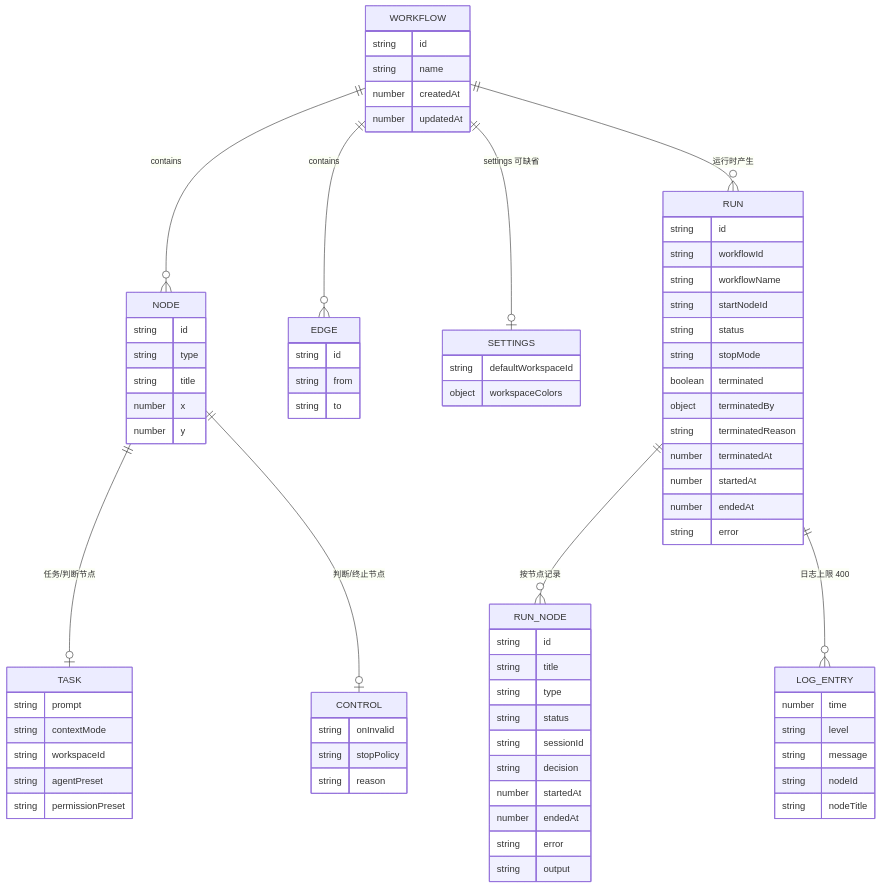
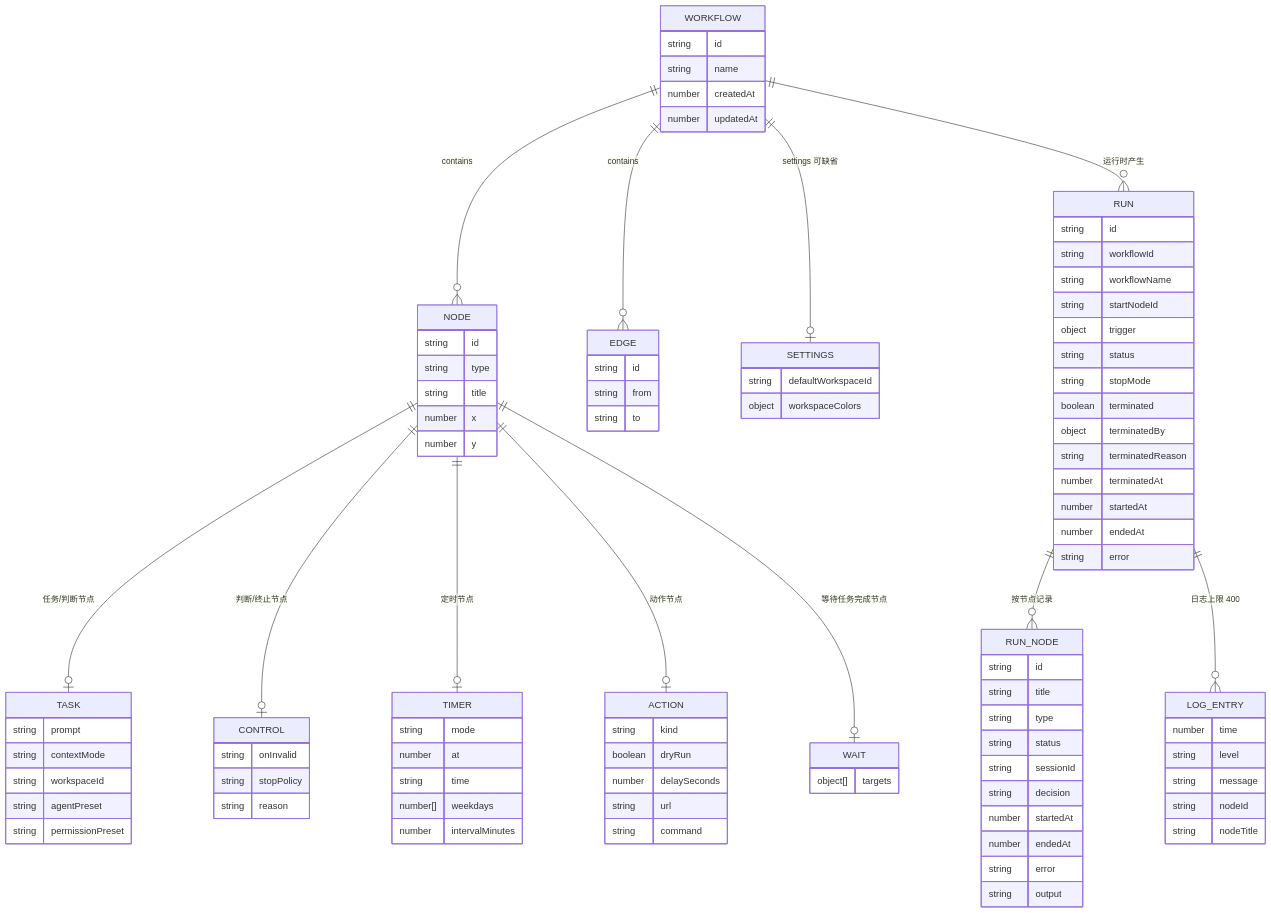
Before and after one commit to czyt1988/dsh-workflow-orchestrator: the first of 2 diagrams in docs/dev/data-model.md, drawn with Mermaid. The commit also changed other lines of this file and 28 other files, not shown here.

First line of the commit message:
feat(nodes): add timer, action and wait-for-completion nodes

```diff
--- a/docs/dev/data-model.md
+++ b/docs/dev/data-model.md
@@ -31,6 +31,9 @@
   WORKFLOW ||--o| SETTINGS : "settings 可缺省"
   NODE ||--o| TASK : "任务/判断节点"
   NODE ||--o| CONTROL : "判断/终止节点"
+  NODE ||--o| TIMER : "定时节点"
+  NODE ||--o| ACTION : "动作节点"
+  NODE ||--o| WAIT : "等待任务完成节点"
   WORKFLOW ||--o{ RUN : "运行时产生"
   RUN ||--o{ RUN_NODE : "按节点记录"
   RUN ||--o{ LOG_ENTRY : "日志上限 400"
@@ -60,6 +63,23 @@
     string stopPolicy
     string reason
   }
+  TIMER {
+    string mode
+    number at
+    string time
+    number[] weekdays
+    number intervalMinutes
+  }
+  ACTION {
+    string kind
+    boolean dryRun
+    number delaySeconds
+    string url
+    string command
+  }
+  WAIT {
+    object[] targets
+  }
   EDGE {
     string id
     string from
@@ -74,6 +94,7 @@
     string workflowId
     string workflowName
     string startNodeId
+    object trigger
     string status
     string stopMode
     boolean terminated
```
